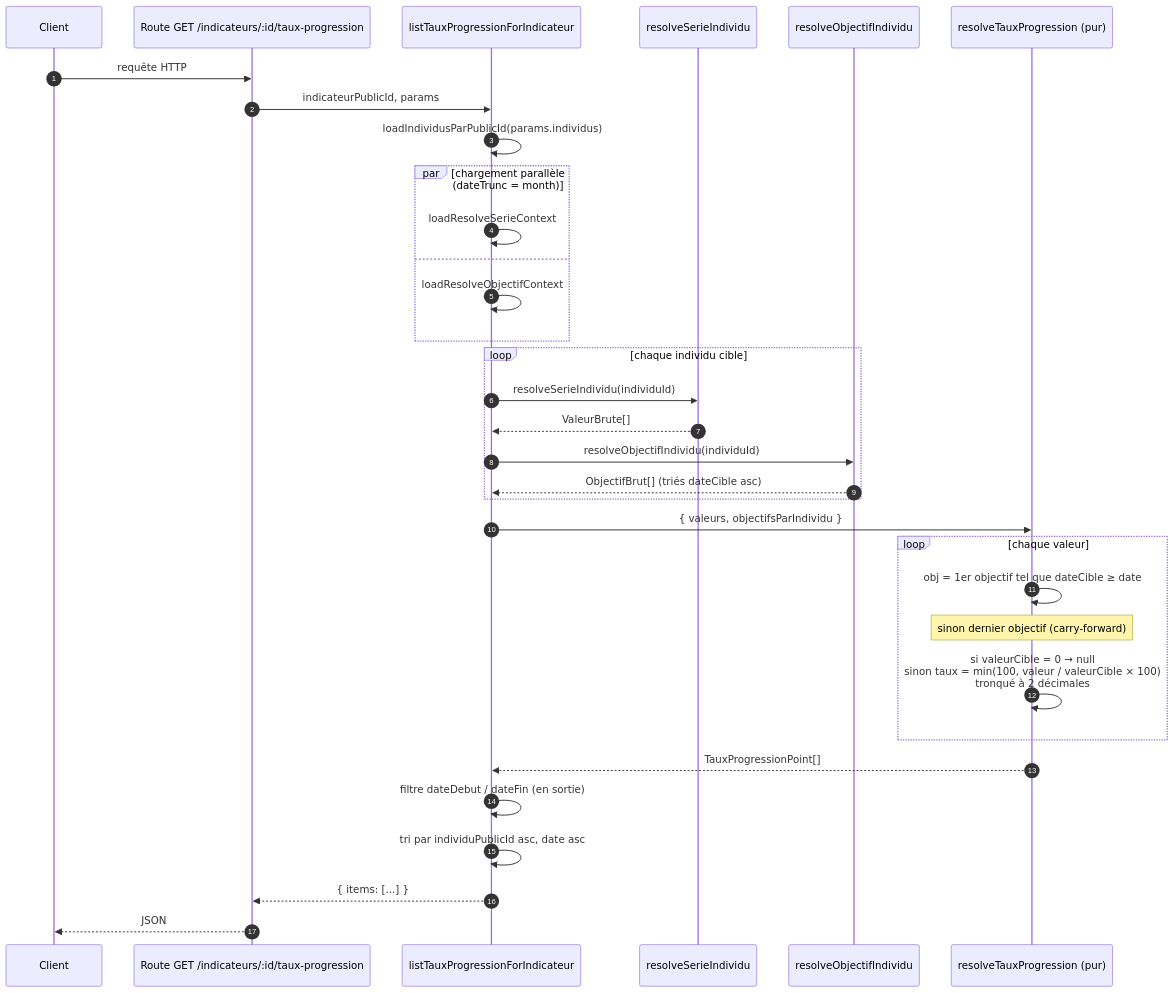
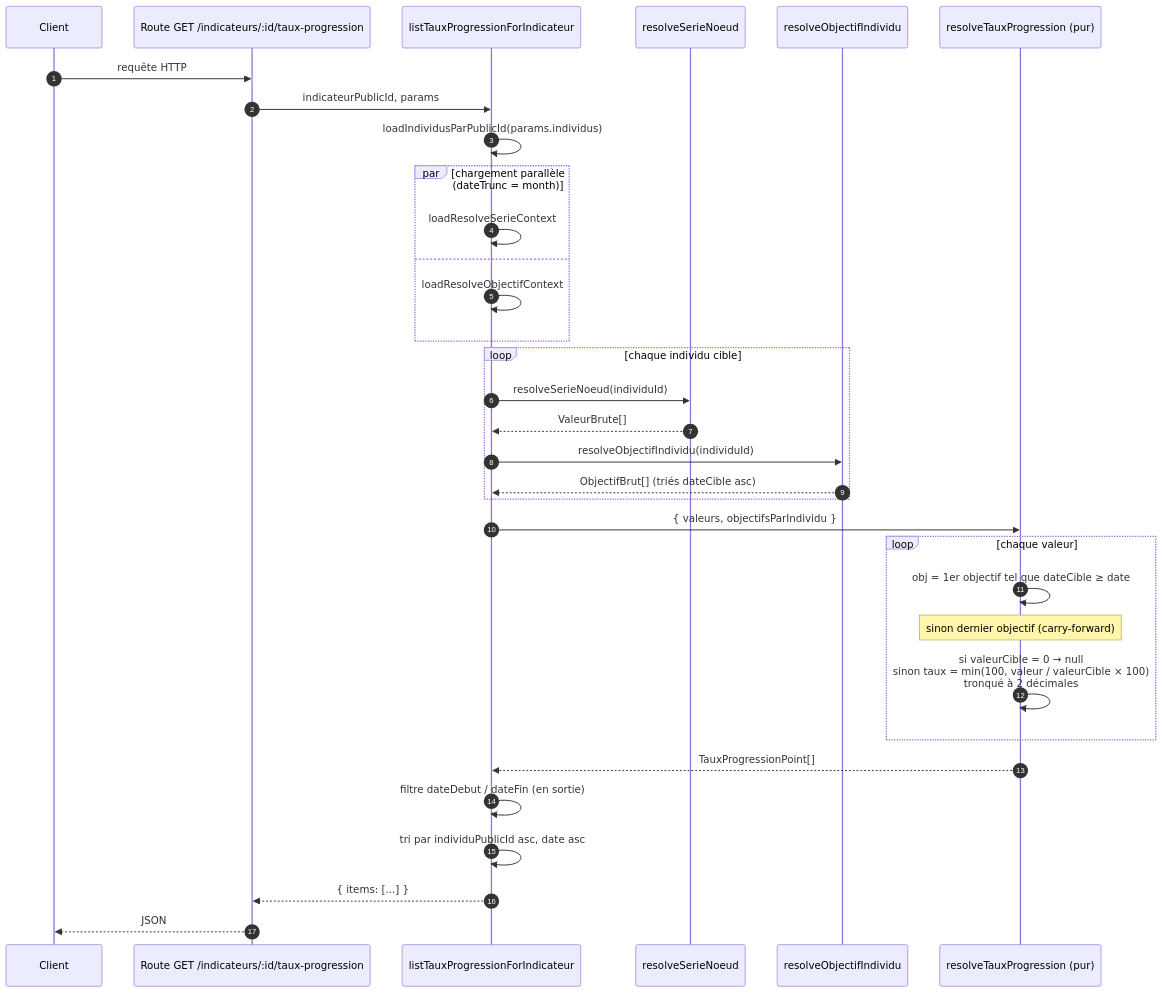
The first of 3 diagrams in apps/kpilote-api/docs/architecture/taux-progression.md (DITP-pilotage/pilote-2), drawn with Mermaid before and after one commit. The commit also changed other lines of this file and 19 other files, not shown here.

First line of the commit message:
refactor(kpilote-api): resolveSerieNoeud dans son fichier, noeud() en objet de paramètres (PIL-1990)

````diff
--- a/apps/kpilote-api/docs/architecture/taux-progression.md
+++ b/apps/kpilote-api/docs/architecture/taux-progression.md
@@ -193,40 +193,40 @@
 ```mermaid
 sequenceDiagram
     autonumber
     participant C as Client
     participant R as Route GET /indicateurs/:id/taux-progression
     participant Q as listTauxProgressionForIndicateur
-    participant S as resolveSerieIndividu
+    participant S as resolveSerieNoeud
     participant O as resolveObjectifIndividu
     participant T as resolveTauxProgression (pur)
 
     C->>R: requête HTTP
     R->>Q: indicateurPublicId, params
     Q->>Q: loadIndividusParPublicId(params.individus)
 
     par chargement parallèle (dateTrunc = month)
         Q->>Q: loadResolveSerieContext
     and
         Q->>Q: loadResolveObjectifContext
     end
 
     loop chaque individu cible
-        Q->>S: resolveSerieIndividu(individuId)
+        Q->>S: resolveSerieNoeud(individuId)
         S-->>Q: ValeurBrute[]
         Q->>O: resolveObjectifIndividu(individuId)
         O-->>Q: ObjectifBrut[] (triés dateCible asc)
     end
 
     Q->>T: { valeurs, objectifsParIndividu }
     loop chaque valeur
         T->>T: obj = 1er objectif tel que dateCible ≥ date
         Note over T: sinon dernier objectif (carry-forward)
         T->>T: si valeurCible = 0 → null<br/>sinon taux = min(100, valeur / valeurCible × 100)<br/>tronqué à 2 décimales
     end
     T-->>Q: TauxProgressionPoint[]
 
     Q->>Q: filtre dateDebut / dateFin (en sortie)
     Q->>Q: tri par individuPublicId asc, date asc
     Q-->>R: { items: [...] }
     R-->>C: JSON
 ```
````
